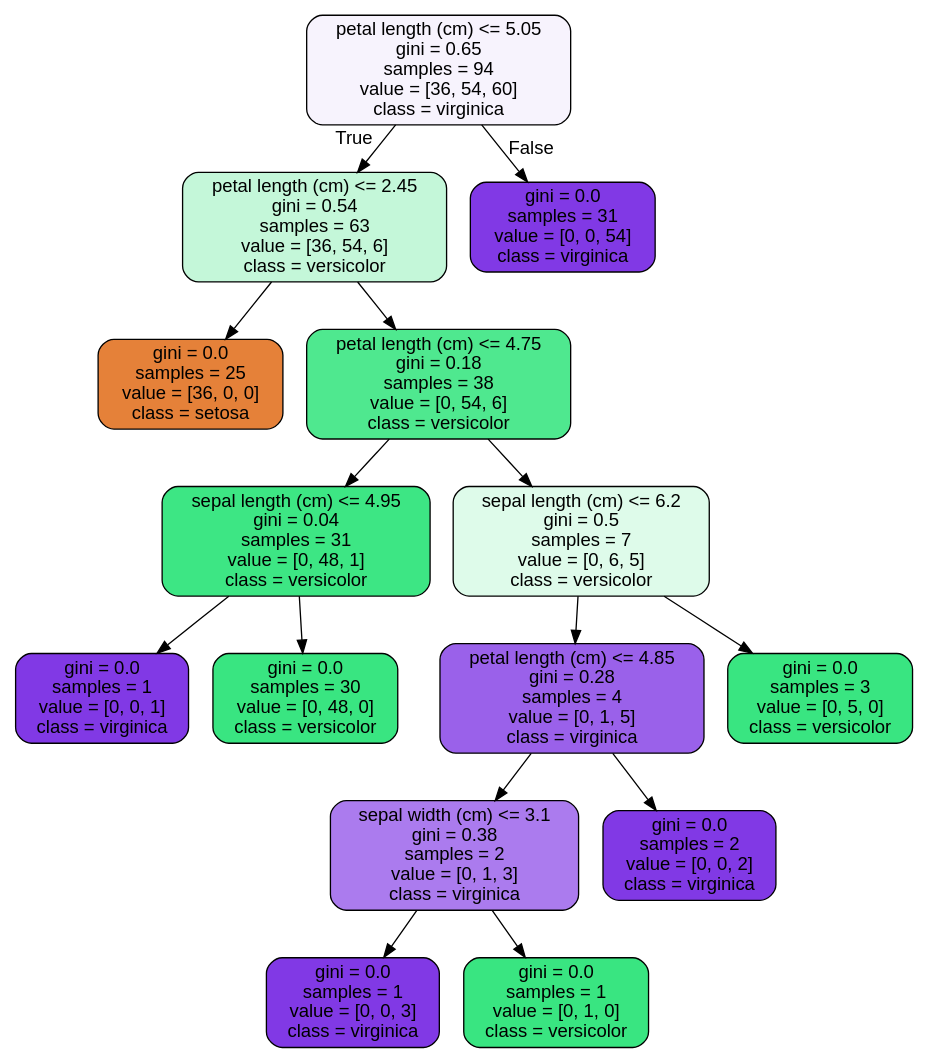
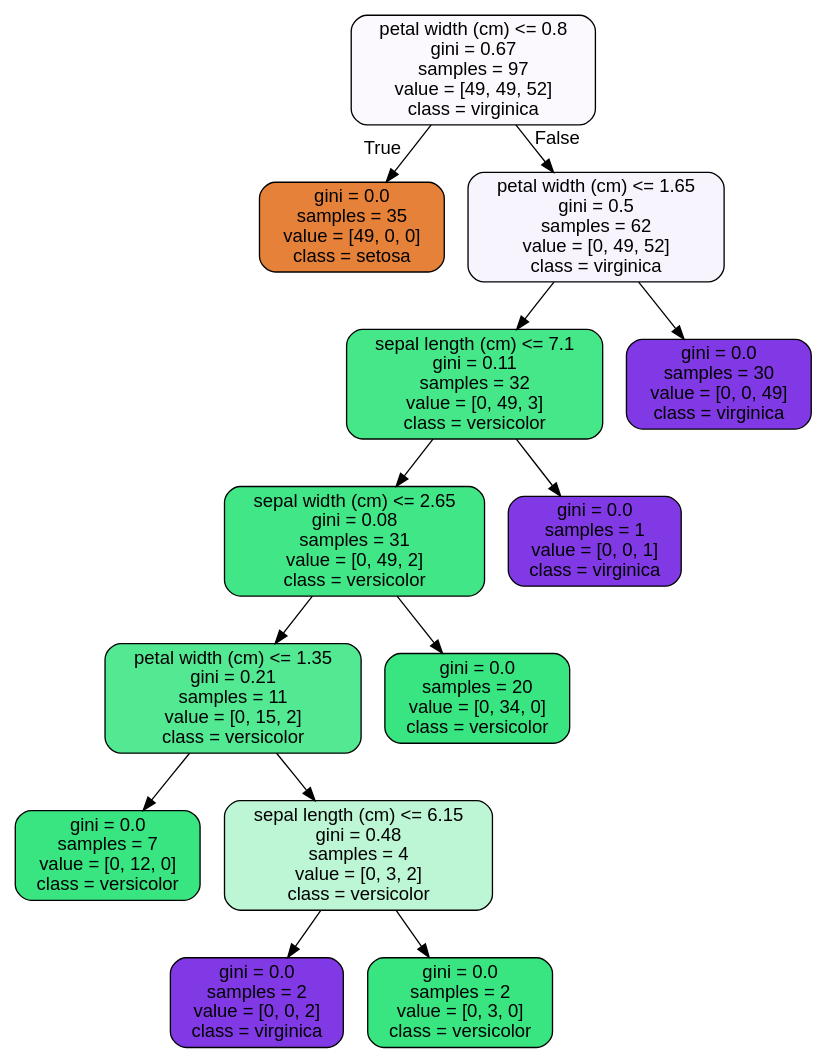
Before and after one commit to AMersman/BootcampAssingments: the diagram in RandomForest Case Study/tree.dot, drawn with Graphviz. The commit also changed 6 other files, not shown here.

```diff
--- a/RandomForest Case Study/tree.dot
+++ b/RandomForest Case Study/tree.dot
@@ -1,33 +1,29 @@
 digraph Tree {
 node [shape=box, style="filled, rounded", color="black", fontname=helvetica] ;
 edge [fontname=helvetica] ;
-0 [label="petal length (cm) <= 5.05\ngini = 0.65\nsamples = 94\nvalue = [36, 54, 60]\nclass = virginica", fillcolor="#f7f3fd"] ;
-1 [label="petal length (cm) <= 2.45\ngini = 0.54\nsamples = 63\nvalue = [36, 54, 6]\nclass = versicolor", fillcolor="#c4f7d9"] ;
+0 [label="petal width (cm) <= 0.8\ngini = 0.67\nsamples = 97\nvalue = [49, 49, 52]\nclass = virginica", fillcolor="#fbf9fe"] ;
+1 [label="gini = 0.0\nsamples = 35\nvalue = [49, 0, 0]\nclass = setosa", fillcolor="#e58139"] ;
 0 -> 1 [labeldistance=2.5, labelangle=45, headlabel="True"] ;
-2 [label="gini = 0.0\nsamples = 25\nvalue = [36, 0, 0]\nclass = setosa", fillcolor="#e58139"] ;
-1 -> 2 ;
-3 [label="petal length (cm) <= 4.75\ngini = 0.18\nsamples = 38\nvalue = [0, 54, 6]\nclass = versicolor", fillcolor="#4fe88f"] ;
-1 -> 3 ;
-4 [label="sepal length (cm) <= 4.95\ngini = 0.04\nsamples = 31\nvalue = [0, 48, 1]\nclass = versicolor", fillcolor="#3de684"] ;
+2 [label="petal width (cm) <= 1.65\ngini = 0.5\nsamples = 62\nvalue = [0, 49, 52]\nclass = virginica", fillcolor="#f8f4fe"] ;
+0 -> 2 [labeldistance=2.5, labelangle=-45, headlabel="False"] ;
+3 [label="sepal length (cm) <= 7.1\ngini = 0.11\nsamples = 32\nvalue = [0, 49, 3]\nclass = versicolor", fillcolor="#45e789"] ;
+2 -> 3 ;
+4 [label="sepal width (cm) <= 2.65\ngini = 0.08\nsamples = 31\nvalue = [0, 49, 2]\nclass = versicolor", fillcolor="#41e686"] ;
 3 -> 4 ;
-5 [label="gini = 0.0\nsamples = 1\nvalue = [0, 0, 1]\nclass = virginica", fillcolor="#8139e5"] ;
+5 [label="petal width (cm) <= 1.35\ngini = 0.21\nsamples = 11\nvalue = [0, 15, 2]\nclass = versicolor", fillcolor="#53e892"] ;
 4 -> 5 ;
-6 [label="gini = 0.0\nsamples = 30\nvalue = [0, 48, 0]\nclass = versicolor", fillcolor="#39e581"] ;
-4 -> 6 ;
-7 [label="sepal length (cm) <= 6.2\ngini = 0.5\nsamples = 7\nvalue = [0, 6, 5]\nclass = versicolor", fillcolor="#defbea"] ;
-3 -> 7 ;
-8 [label="petal length (cm) <= 4.85\ngini = 0.28\nsamples = 4\nvalue = [0, 1, 5]\nclass = virginica", fillcolor="#9a61ea"] ;
+6 [label="gini = 0.0\nsamples = 7\nvalue = [0, 12, 0]\nclass = versicolor", fillcolor="#39e581"] ;
+5 -> 6 ;
+7 [label="sepal length (cm) <= 6.15\ngini = 0.48\nsamples = 4\nvalue = [0, 3, 2]\nclass = versicolor", fillcolor="#bdf6d5"] ;
+5 -> 7 ;
+8 [label="gini = 0.0\nsamples = 2\nvalue = [0, 0, 2]\nclass = virginica", fillcolor="#8139e5"] ;
 7 -> 8 ;
-9 [label="sepal width (cm) <= 3.1\ngini = 0.38\nsamples = 2\nvalue = [0, 1, 3]\nclass = virginica", fillcolor="#ab7bee"] ;
-8 -> 9 ;
-10 [label="gini = 0.0\nsamples = 1\nvalue = [0, 0, 3]\nclass = virginica", fillcolor="#8139e5"] ;
-9 -> 10 ;
-11 [label="gini = 0.0\nsamples = 1\nvalue = [0, 1, 0]\nclass = versicolor", fillcolor="#39e581"] ;
-9 -> 11 ;
-12 [label="gini = 0.0\nsamples = 2\nvalue = [0, 0, 2]\nclass = virginica", fillcolor="#8139e5"] ;
-8 -> 12 ;
-13 [label="gini = 0.0\nsamples = 3\nvalue = [0, 5, 0]\nclass = versicolor", fillcolor="#39e581"] ;
-7 -> 13 ;
-14 [label="gini = 0.0\nsamples = 31\nvalue = [0, 0, 54]\nclass = virginica", fillcolor="#8139e5"] ;
-0 -> 14 [labeldistance=2.5, labelangle=-45, headlabel="False"] ;
+9 [label="gini = 0.0\nsamples = 2\nvalue = [0, 3, 0]\nclass = versicolor", fillcolor="#39e581"] ;
+7 -> 9 ;
+10 [label="gini = 0.0\nsamples = 20\nvalue = [0, 34, 0]\nclass = versicolor", fillcolor="#39e581"] ;
+4 -> 10 ;
+11 [label="gini = 0.0\nsamples = 1\nvalue = [0, 0, 1]\nclass = virginica", fillcolor="#8139e5"] ;
+3 -> 11 ;
+12 [label="gini = 0.0\nsamples = 30\nvalue = [0, 0, 49]\nclass = virginica", fillcolor="#8139e5"] ;
+2 -> 12 ;
 }
```
